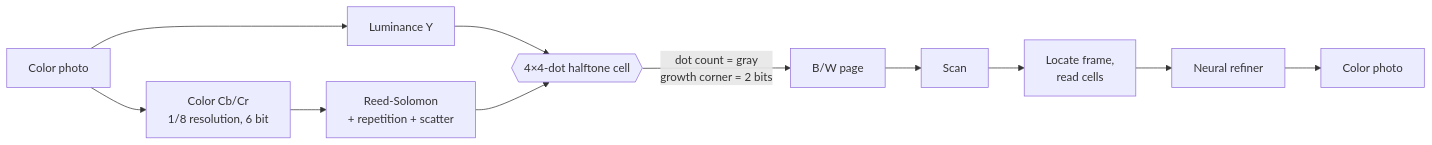
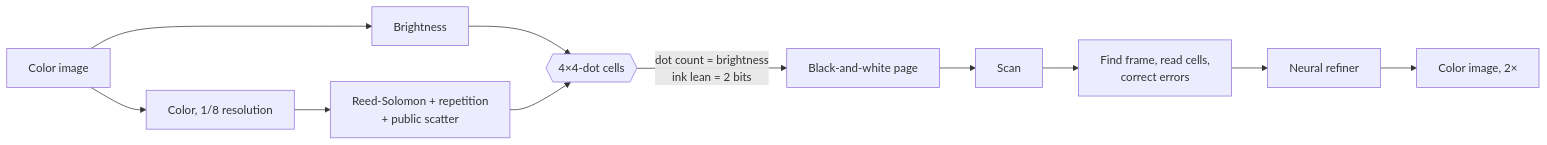
Before and after one commit to TonyD365/ColorHide: the diagram in README.md, drawn with Mermaid. The commit also changed other lines of this file and 5 other files, not shown here.

````diff
--- a/README.md
+++ b/README.md
@@ -93,13 +108,10 @@
 ```mermaid
 flowchart LR
-    A[Color photo] --> Y[Luminance Y]
-    A --> C[Color Cb/Cr<br/>1/8 resolution, 6 bit]
-    C --> RS[Reed-Solomon<br/>+ repetition + scatter]
-    Y --> H{{4×4-dot halftone cell}}
+    A[Color image] --> Y[Brightness]
+    A --> C[Color, 1/8 resolution]
+    C --> RS[Reed-Solomon + repetition<br/>+ public scatter]
+    Y --> H{{4×4-dot cells}}
     RS --> H
-    H -->|dot count = gray<br/>growth corner = 2 bits| P[B/W page]
-    P --> S[Scan]
-    S --> D[Locate frame,<br/>read cells]
-    D --> N[Neural refiner]
-    N --> O[Color photo]
+    H -->|dot count = brightness<br/>ink lean = 2 bits| P[Black-and-white page]
+    P --> S[Scan] --> D[Find frame, read cells,<br/>correct errors] --> N[Neural refiner] --> O[Color image, 2×]
 ```
````
